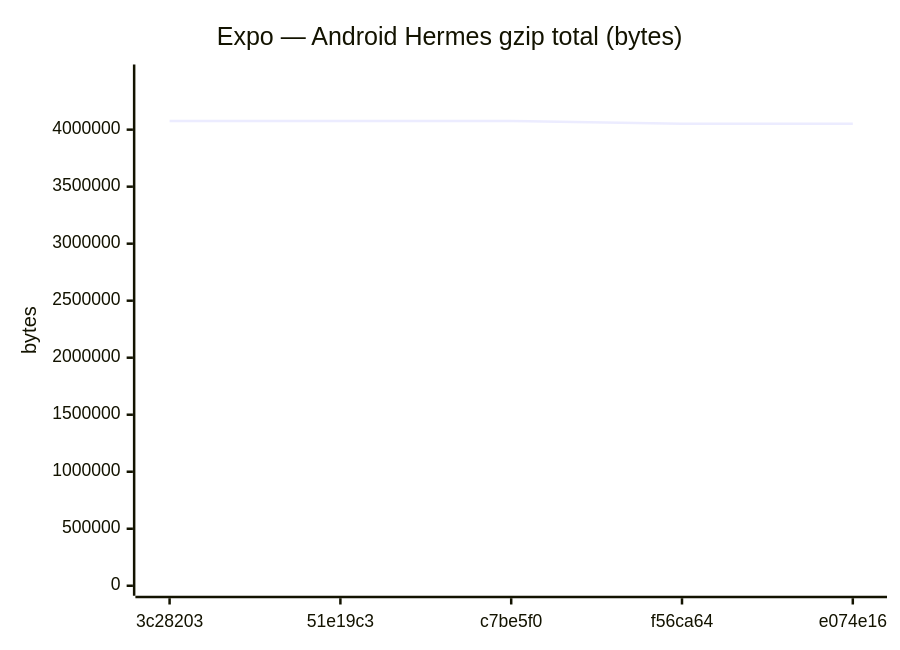
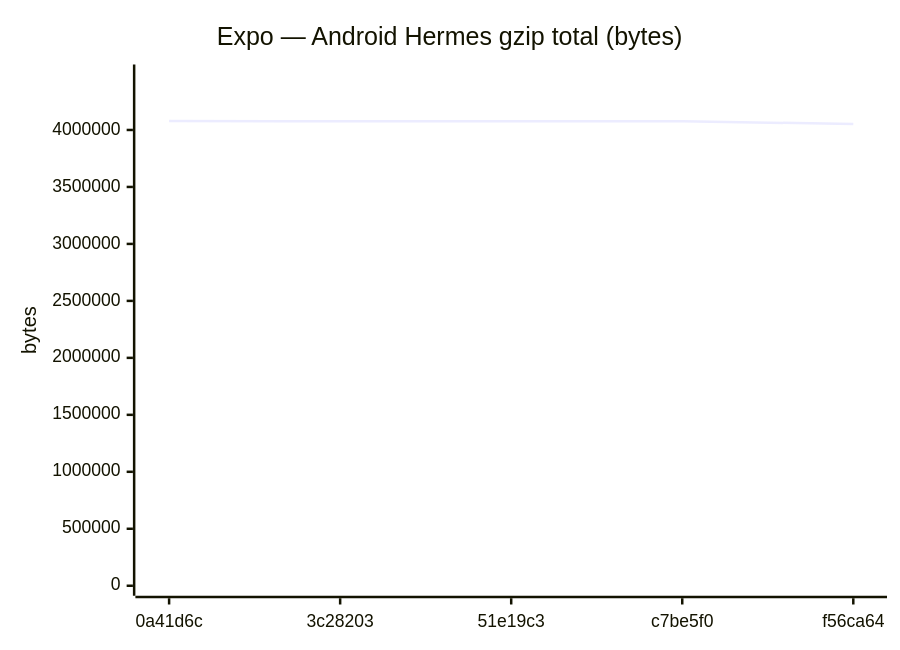
One commit to Metaheurist/Rianell changed diagram 11 of 18 in benchmarks/compare.md. Above: the diagram before and after it, drawn with Mermaid. The commit also changed other lines of this file and 11 other files, not shown here.

````diff
--- a/benchmarks/compare.md
+++ b/benchmarks/compare.md
@@ -172,7 +172,7 @@
 ```mermaid
 xychart-beta
     title "Expo — Android Hermes gzip total (bytes)"
-    x-axis ["3c28203", "51e19c3", "c7be5f0", "f56ca64", "e074e16"]
-    y-axis "bytes" 0 --> 4483679
-    line [4076071, 4075584, 4075582, 4052821, 4052813]
+    x-axis ["0a41d6c", "3c28203", "51e19c3", "c7be5f0", "f56ca64"]
+    y-axis "bytes" 0 --> 4486787
+    line [4078897, 4076071, 4075584, 4075582, 4052821]
 ```
````
